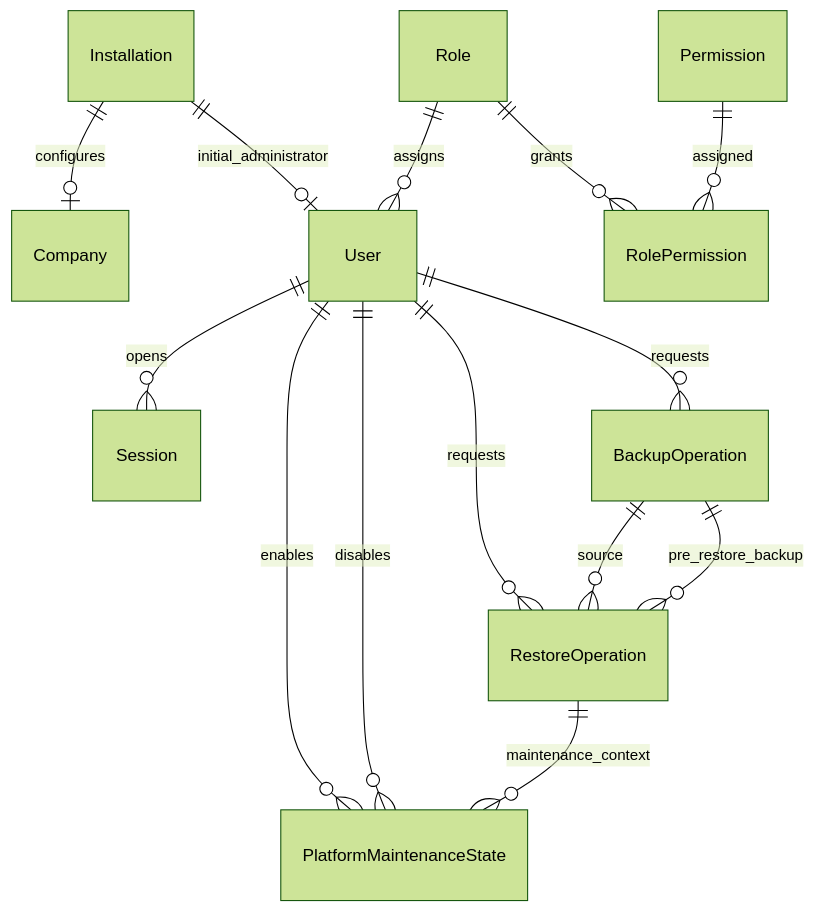
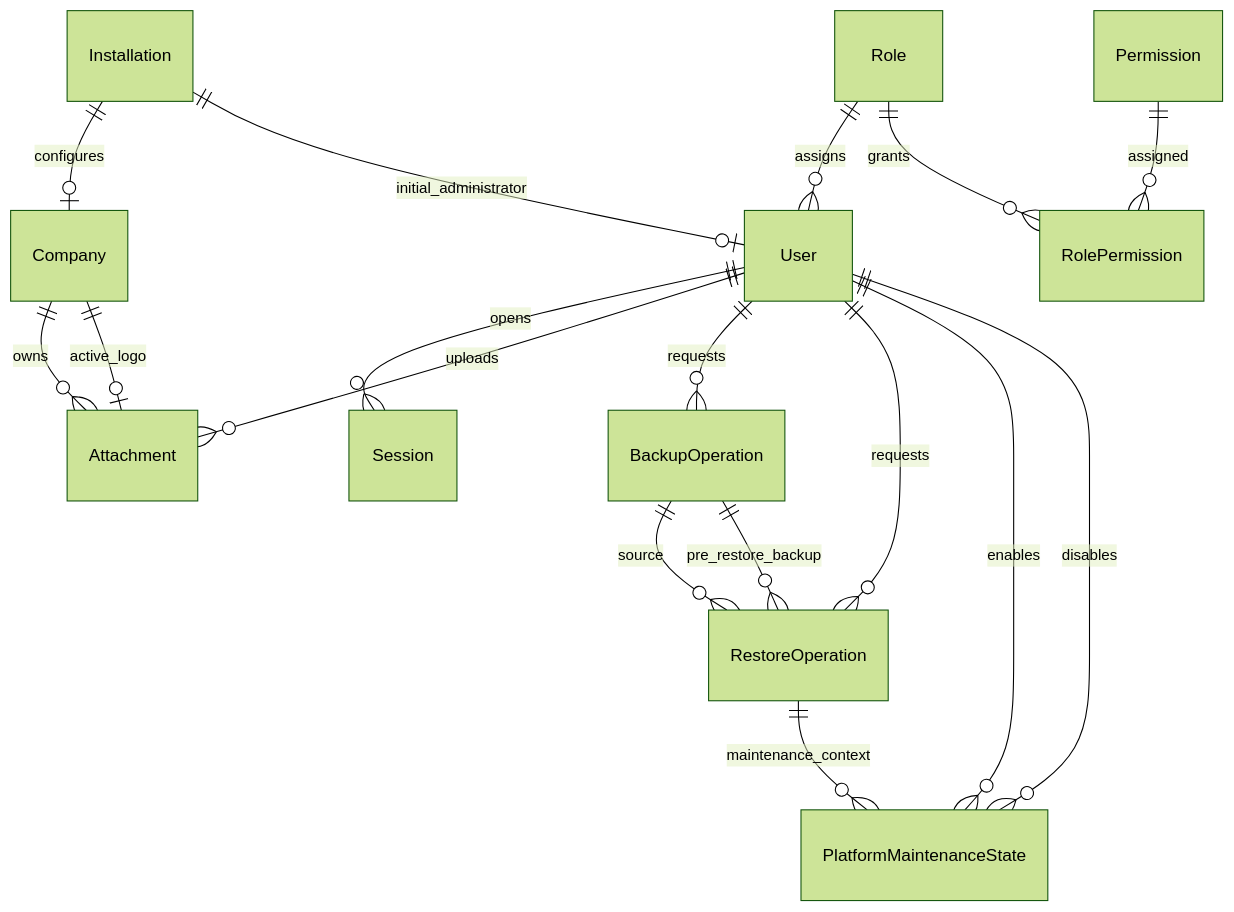
The diagram in docs/plataforma/05-modelo-fisico-datos.md (albertocs3/crigestion), drawn with Mermaid (forest theme) before and after one commit. The commit also changed other lines of this file and 39 other files, not shown here.

Commit message:
feat(platform): add secure company logo attachments

````diff
--- a/docs/plataforma/05-modelo-fisico-datos.md
+++ b/docs/plataforma/05-modelo-fisico-datos.md
@@ -49,16 +50,19 @@
 ```mermaid
 erDiagram
     Installation ||--o| Company : configures
     Installation ||--o| User : initial_administrator
     Role ||--o{ User : assigns
     User ||--o{ Session : opens
+    Company ||--o{ Attachment : owns
+    Company ||--o| Attachment : active_logo
+    User ||--o{ Attachment : uploads
     User ||--o{ BackupOperation : requests
     User ||--o{ RestoreOperation : requests
     User ||--o{ PlatformMaintenanceState : enables
     User ||--o{ PlatformMaintenanceState : disables
     BackupOperation ||--o{ RestoreOperation : source
     BackupOperation ||--o{ RestoreOperation : pre_restore_backup
     RestoreOperation ||--o{ PlatformMaintenanceState : maintenance_context
     Role ||--o{ RolePermission : grants
     Permission ||--o{ RolePermission : assigned
 ```
````
